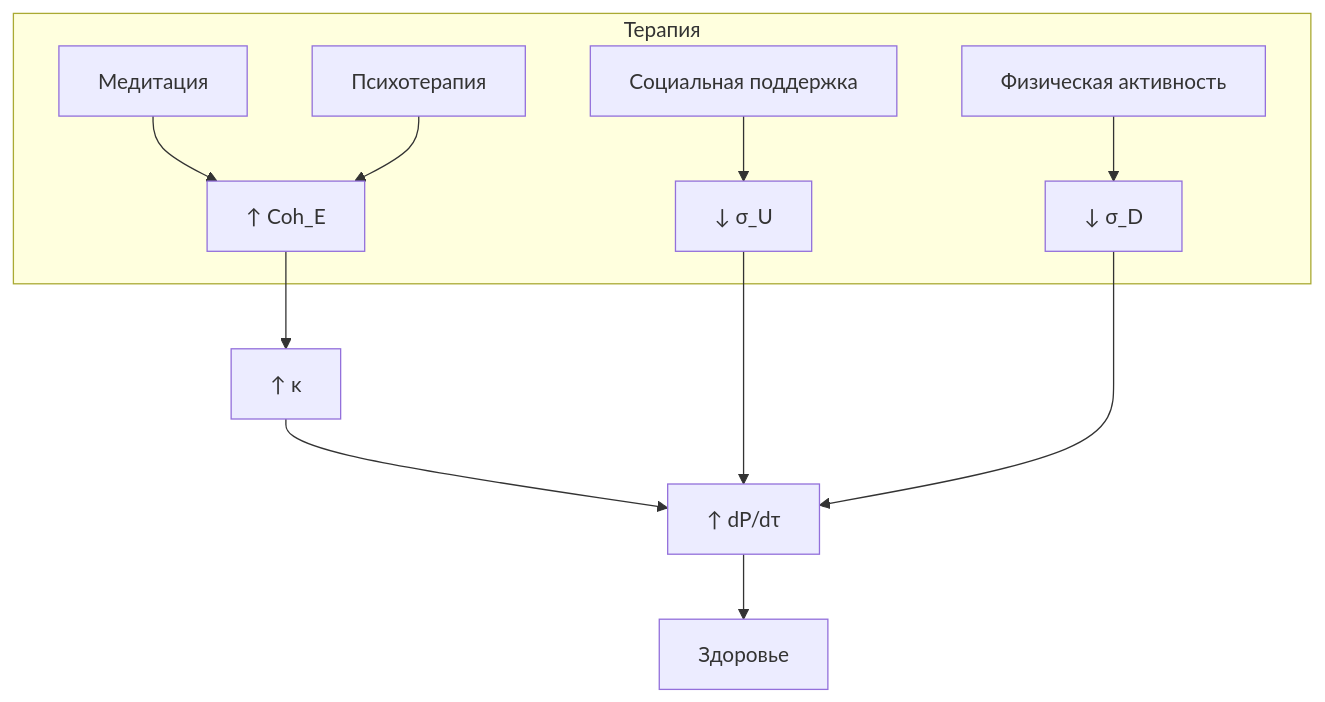
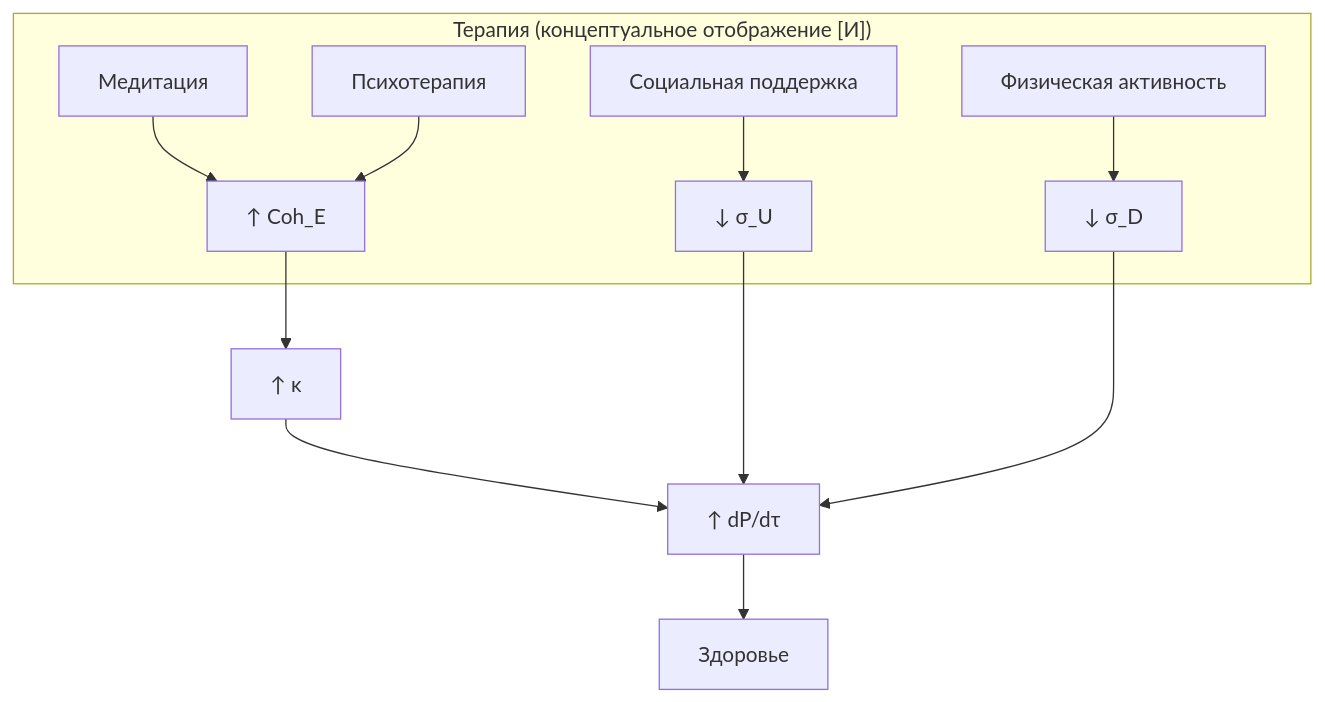
One commit to gst-st/uhm changed the second of 2 diagrams in website/i18n/ru/docusaurus-plugin-content-docs/current/applied/coherence-cybernetics/applications.md. Above: the diagram before and after it, drawn with Mermaid. The commit also changed other lines of this file and 376 other files, not shown here.

First line of the commit message:
Refactor UHM canon, decontaminate architecture, and verify EN/RU parity

````diff
--- a/website/i18n/ru/docusaurus-plugin-content-docs/current/applied/coherence-cybernetics/applications.md
+++ b/website/i18n/ru/docusaurus-plugin-content-docs/current/applied/coherence-cybernetics/applications.md
@@ -556,14 +547,14 @@
 ```mermaid
 graph TD
-    subgraph "Терапия"
+    subgraph "Терапия (концептуальное отображение [И])"
         M[Медитация] --> CohE[↑ Coh_E]
         PT[Психотерапия] --> CohE
         S[Социальная поддержка] --> SigU[↓ σ_U]
         F[Физическая активность] --> SigD[↓ σ_D]
     end
     CohE --> K[↑ κ]
     K --> dP[↑ dP/dτ]
     SigU --> dP
     SigD --> dP
     dP --> H[Здоровье]
 ```
````
